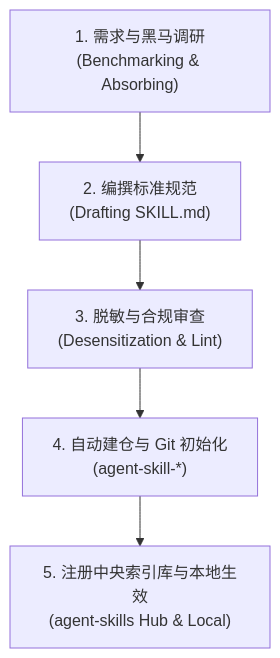
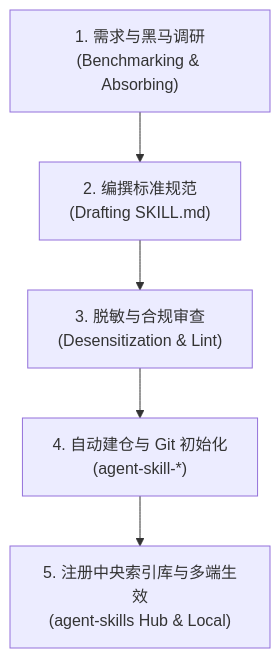
One commit to Garfield247/agent-skill-manager changed the second of 2 diagrams in SKILL.md. Above: the diagram before and after it, drawn with Mermaid. The commit also changed other lines of this file and 1 other file, not shown here.

````diff
--- a/SKILL.md
+++ b/SKILL.md
@@ -66,7 +121,7 @@
 ```mermaid
 flowchart TD
     A["1. 需求与黑马调研<br/>(Benchmarking & Absorbing)"] --> B["2. 编撰标准规范<br/>(Drafting SKILL.md)"]
     B --> C["3. 脱敏与合规审查<br/>(Desensitization & Lint)"]
     C --> D["4. 自动建仓与 Git 初始化<br/>(agent-skill-*)"]
-    D --> E["5. 注册中央索引库与本地生效<br/>(agent-skills Hub & Local)"]
+    D --> E["5. 注册中央索引库与多端生效<br/>(agent-skills Hub & Local)"]
 ```
````
